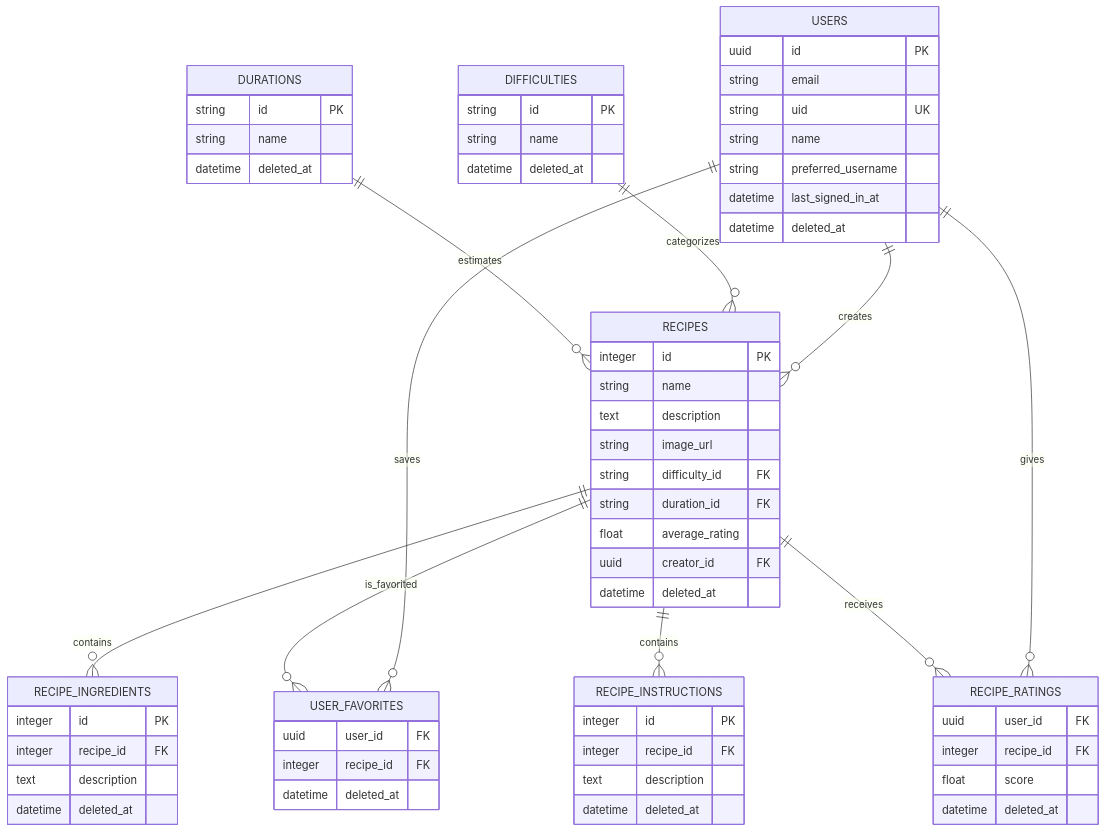
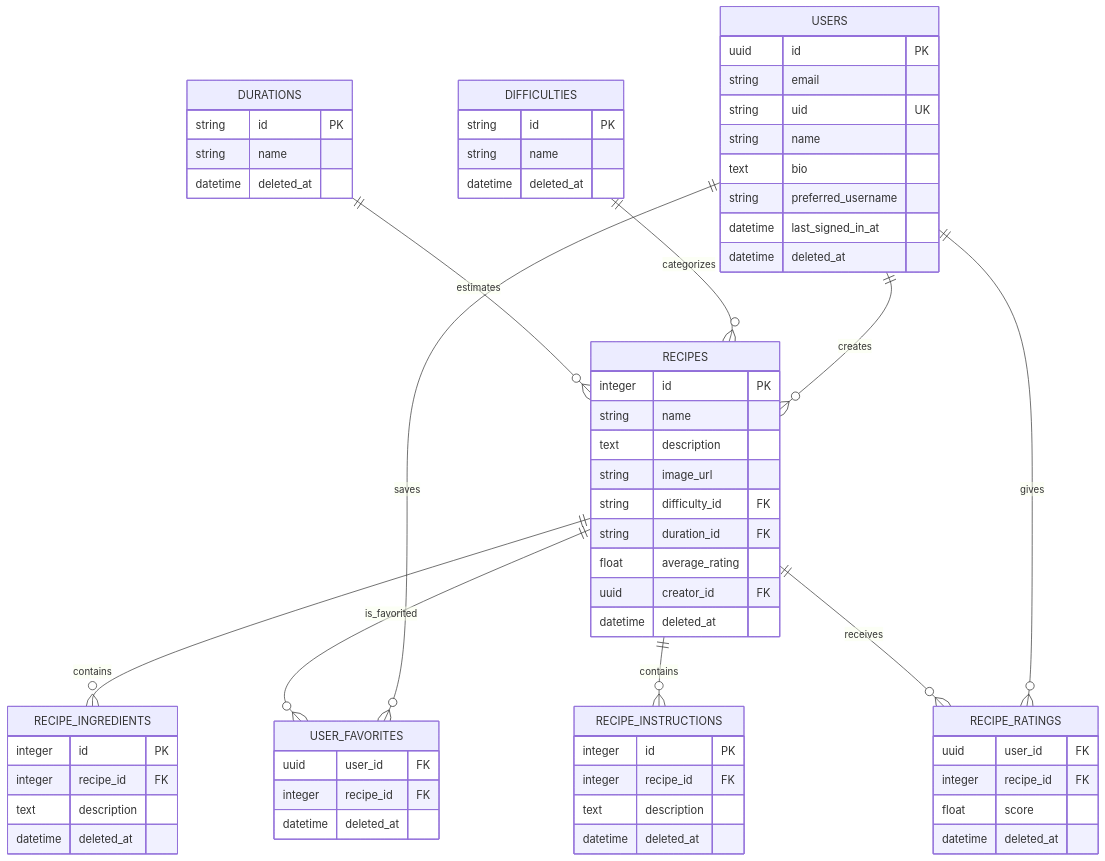
The diagram in api/docs/ARCHITECTURE.md (Nutthavara/pea-wongnok-2026), drawn with Mermaid before and after one commit. The commit also changed other lines of this file and 15 other files, not shown here.

````diff
--- a/api/docs/ARCHITECTURE.md
+++ b/api/docs/ARCHITECTURE.md
@@ -16,66 +16,67 @@
 ```mermaid
 erDiagram
     USERS ||--o{ RECIPES : creates
     DIFFICULTIES ||--o{ RECIPES : categorizes
     DURATIONS ||--o{ RECIPES : estimates
     RECIPES ||--o{ RECIPE_INGREDIENTS : contains
     RECIPES ||--o{ RECIPE_INSTRUCTIONS : contains
     USERS ||--o{ USER_FAVORITES : saves
     RECIPES ||--o{ USER_FAVORITES : is_favorited
     USERS ||--o{ RECIPE_RATINGS : gives
     RECIPES ||--o{ RECIPE_RATINGS : receives
 
     USERS {
         uuid id PK
         string email
         string uid UK
         string name
+        text bio
         string preferred_username
         datetime last_signed_in_at
         datetime deleted_at
     }
     DIFFICULTIES {
         string id PK
         string name
         datetime deleted_at
     }
     DURATIONS {
         string id PK
         string name
         datetime deleted_at
     }
     RECIPES {
         integer id PK
         string name
         text description
         string image_url
         string difficulty_id FK
         string duration_id FK
         float average_rating
         uuid creator_id FK
         datetime deleted_at
     }
     RECIPE_INGREDIENTS {
         integer id PK
         integer recipe_id FK
         text description
         datetime deleted_at
     }
     RECIPE_INSTRUCTIONS {
         integer id PK
         integer recipe_id FK
         text description
         datetime deleted_at
     }
     USER_FAVORITES {
         uuid user_id FK
         integer recipe_id FK
         datetime deleted_at
     }
     RECIPE_RATINGS {
         uuid user_id FK
         integer recipe_id FK
         float score
         datetime deleted_at
     }
 ```
````
